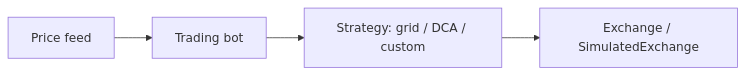
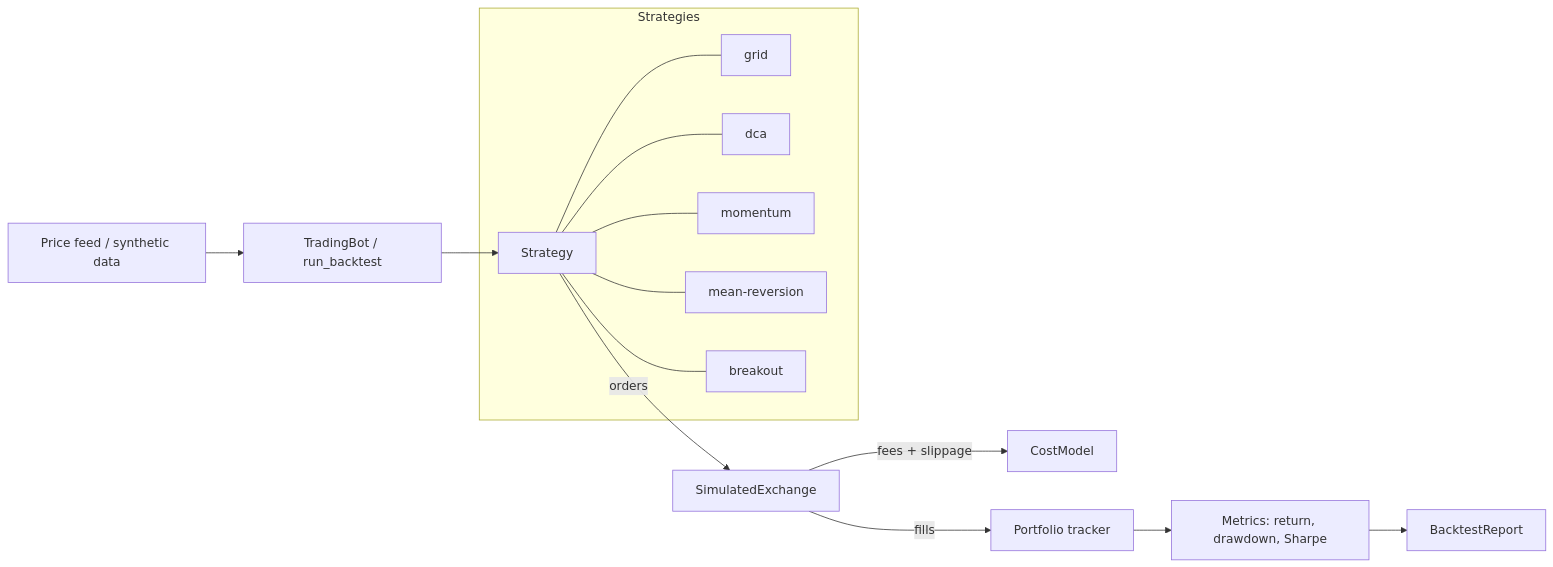
One commit to Viprasol-Tech/crypto-trading-bot changed the diagram in README.md. Above: the diagram before and after it, drawn with Mermaid. The commit also changed other lines of this file and 25 other files, not shown here.

````diff
--- a/README.md
+++ b/README.md
@@ -69,6 +115,17 @@
 ```mermaid
 flowchart LR
-    FEED[Price feed] --> BOT[Trading bot]
-    BOT --> STRAT[Strategy: grid / DCA / custom]
-    STRAT --> EX[Exchange / SimulatedExchange]
+    FEED[Price feed / synthetic data] --> BOT[TradingBot / run_backtest]
+    BOT --> STRAT[Strategy]
+    subgraph Strategies
+      STRAT --- GRID[grid]
+      STRAT --- DCA[dca]
+      STRAT --- MOM[momentum]
+      STRAT --- MR[mean-reversion]
+      STRAT --- BRK[breakout]
+    end
+    STRAT -->|orders| EX[SimulatedExchange]
+    EX -->|fees + slippage| COST[CostModel]
+    EX -->|fills| PF[Portfolio tracker]
+    PF --> METRICS[Metrics: return, drawdown, Sharpe]
+    METRICS --> REPORT[BacktestReport]
 ```
````
